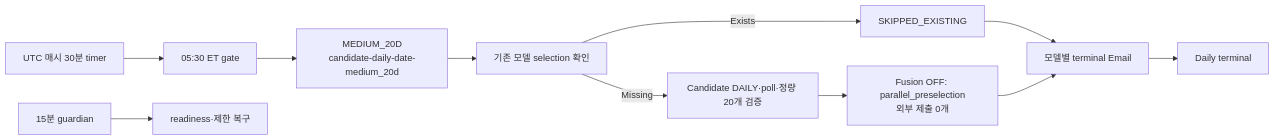
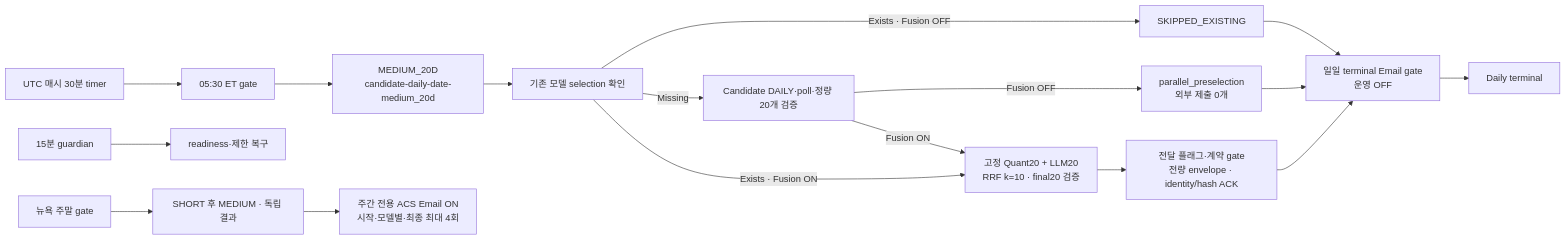
Before and after one commit to brjeong-private/sp500-candidate-engine: the third of 5 diagrams in .github/modernize/assessment/engines/facts/architecture-diagram.md, drawn with Mermaid. The commit also changed other lines of this file and 13 other files, not shown here.

Commit message:
docs: align pipeline and LLM architecture with operational state

````diff
--- a/.github/modernize/assessment/engines/facts/architecture-diagram.md
+++ b/.github/modernize/assessment/engines/facts/architecture-diagram.md
@@ -224,14 +249,20 @@
 ```mermaid
 flowchart LR
     Timer["UTC 매시 30분 timer"] --> Gate["05:30 ET gate"]
     Gate --> Medium["MEDIUM_20D<br/>candidate-daily-date-medium_20d"]
     Existing["기존 모델 selection 확인"]
     Medium --> Existing
-    Existing -->|"Exists"| Skip["SKIPPED_EXISTING"]
+    Existing -->|"Exists · Fusion OFF"| Skip["SKIPPED_EXISTING"]
     Existing -->|"Missing"| CandidateSubmit["Candidate DAILY·poll·정량 20개 검증"]
-    CandidateSubmit --> Stop["Fusion OFF: parallel_preselection<br/>외부 제출 0개"]
-    Skip --> Email["모델별 terminal Email"]
+    CandidateSubmit -->|"Fusion OFF"| Stop["parallel_preselection<br/>외부 제출 0개"]
+    CandidateSubmit -->|"Fusion ON"| Fusion["고정 Quant20 + LLM20<br/>RRF k=10 · final20 검증"]
+    Existing -->|"Exists · Fusion ON"| Fusion
+    Fusion --> Handoff["전달 플래그·계약 gate<br/>전량 envelope · identity/hash ACK"]
+    Skip --> Email["일일 terminal Email gate<br/>운영 OFF"]
     Stop --> Email
+    Handoff --> Email
     Email --> DailyTerminal["Daily terminal"]
     Guardian["15분 guardian"] --> Ready["readiness·제한 복구"]
+    Weekly["뉴욕 주말 gate"] --> Training["SHORT 후 MEDIUM · 독립 결과"]
+    Training --> WeeklyMail["주간 전용 ACS Email ON<br/>시작·모델별·최종 최대 4회"]
 ```
````
